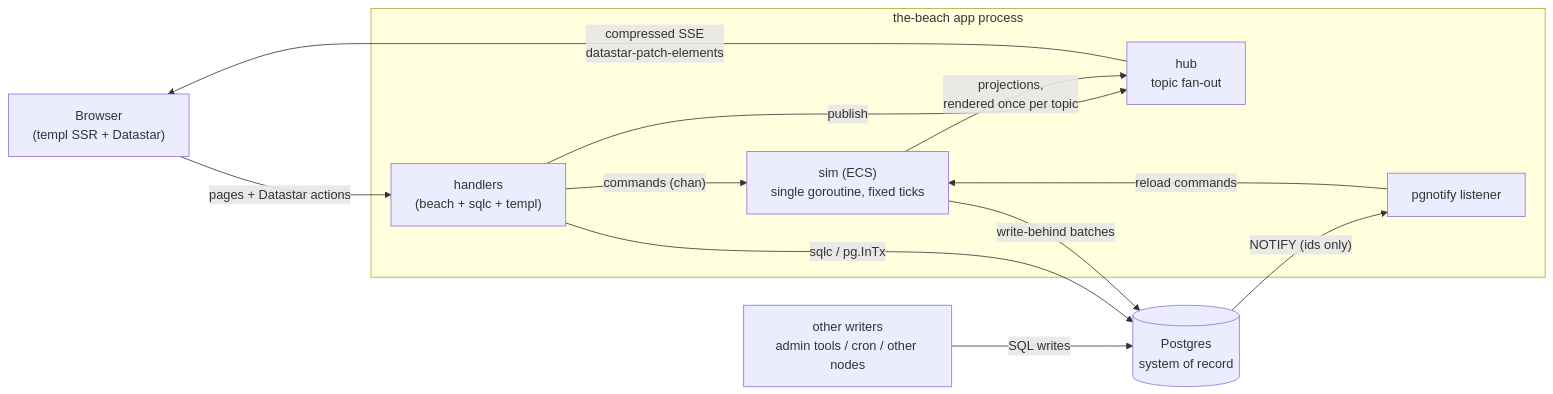
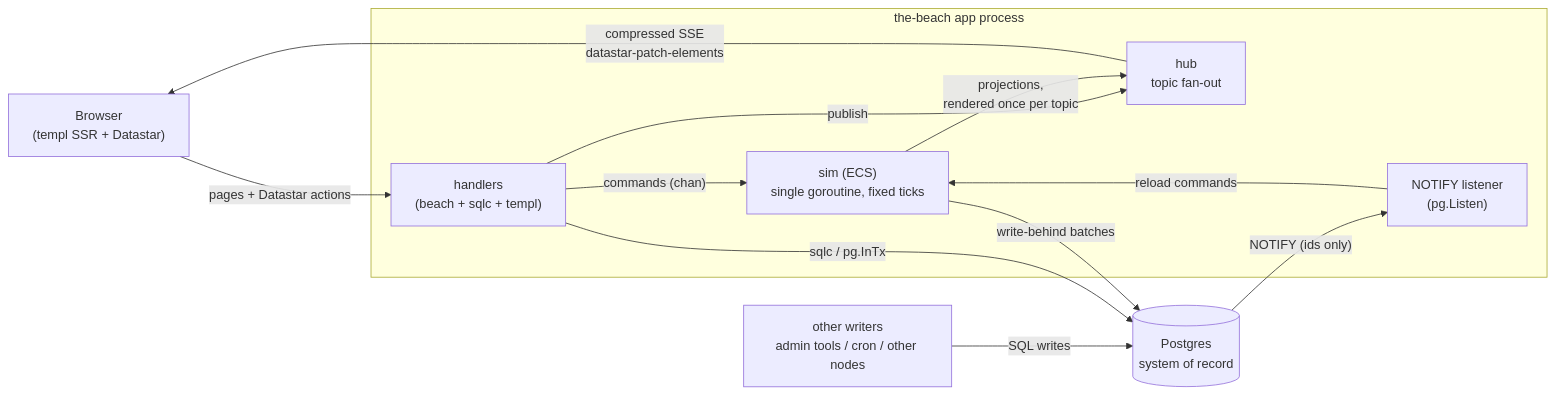
The first of 2 diagrams in docs/README.md (ThirdCoastInteractive/Beach), drawn with Mermaid before and after one commit. The commit also changed other lines of this file and 18 other files, not shown here.

````diff
--- a/docs/README.md
+++ b/docs/README.md
@@ -16,23 +16,23 @@
 ```mermaid
 flowchart LR
     B["Browser<br/>(templ SSR + Datastar)"]
     subgraph proc["the-beach app process"]
         H["handlers<br/>(beach + sqlc + templ)"]
         SIM["sim (ECS)<br/>single goroutine, fixed ticks"]
         HUB["hub<br/>topic fan-out"]
-        PN["pgnotify listener"]
+        PN["NOTIFY listener<br/>(pg.Listen)"]
     end
     PG[("Postgres<br/>system of record")]
     EXT["other writers<br/>admin tools / cron / other nodes"]
 
     B -- "pages + Datastar actions" --> H
     H -- "commands (chan)" --> SIM
     H -- "sqlc / pg.InTx" --> PG
     H -- "publish" --> HUB
     SIM -- "write-behind batches" --> PG
     SIM -- "projections,<br/>rendered once per topic" --> HUB
     HUB -- "compressed SSE<br/>datastar-patch-elements" --> B
     EXT -- "SQL writes" --> PG
     PG -- "NOTIFY (ids only)" --> PN
     PN -- "reload commands" --> SIM
 ```
````
